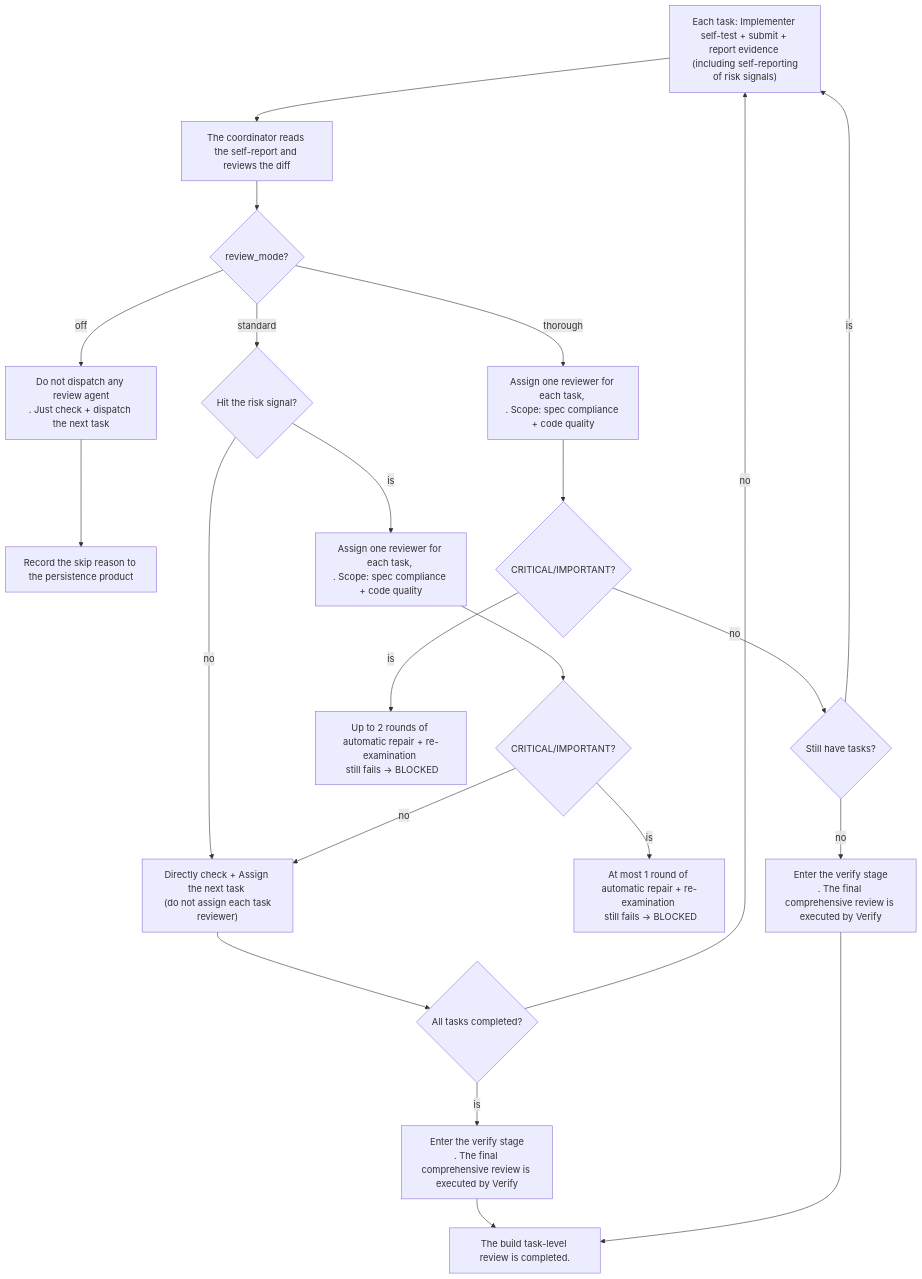
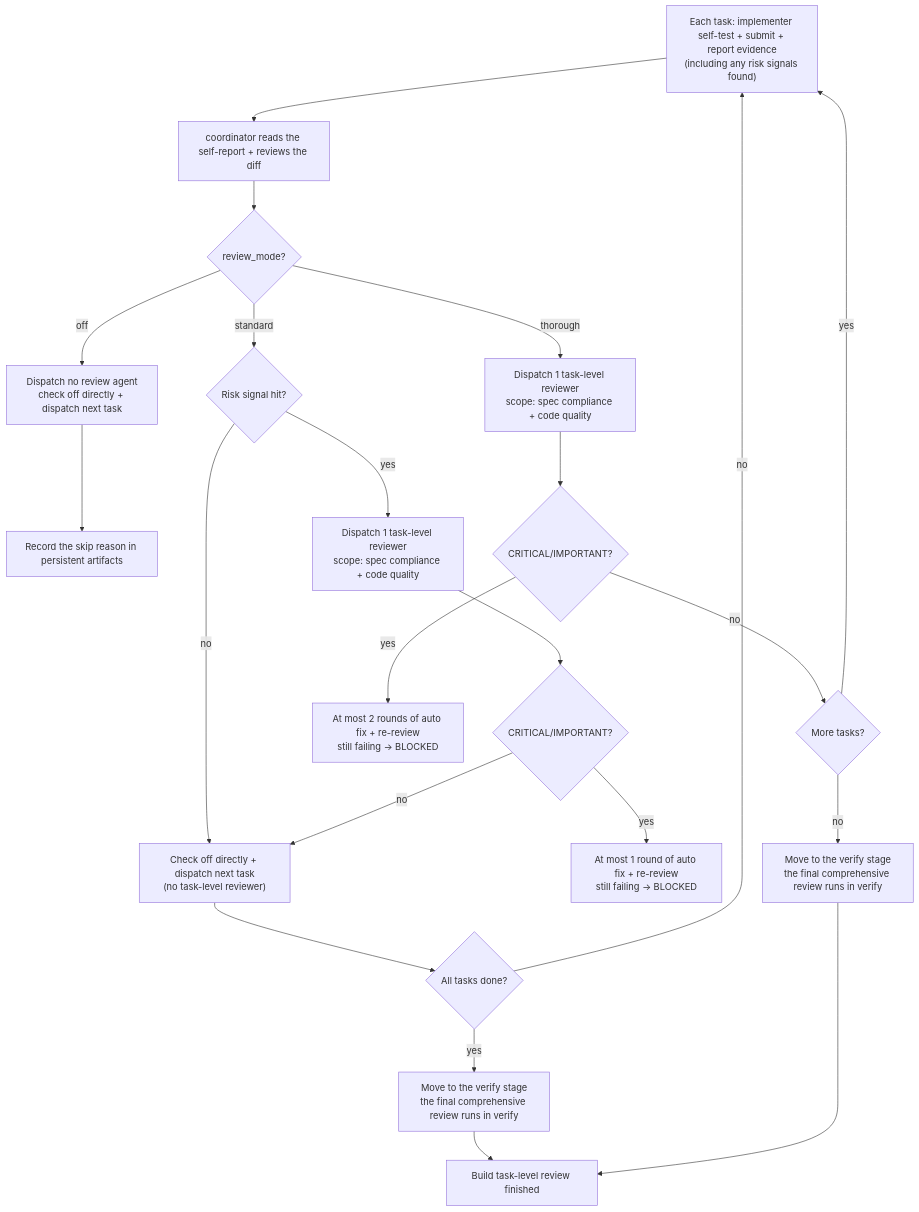
One commit to rpamis/comet-website-docs changed the diagram in en/concepts/review-mode.mdx. Above: the diagram before and after it, drawn with Mermaid. The commit also changed other lines of this file and 30 other files, not shown here.

````diff
--- a/en/concepts/review-mode.mdx
+++ b/en/concepts/review-mode.mdx
@@ -84,27 +101,27 @@
 ```mermaid
 flowchart TD
-    Start["Each task: Implementer self-test + submit + report evidence <br/> (including self-reporting of risk signals)"] --> Coord["The coordinator reads the self-report and reviews the diff"]
+    Start["Each task: implementer self-test + submit + report evidence<br/>(including any risk signals found)"] --> Coord["coordinator reads the self-report + reviews the diff"]
     Coord --> Q{"review_mode?"}
 
-    Q -->|off| OFF["Do not dispatch any review agent<br/>. Just check + dispatch the next task"]
-    OFF --> OFFR["Record the skip reason to the persistence product"]
+    Q -->|off| OFF["Dispatch no review agent<br/>check off directly + dispatch next task"]
+    OFF --> OFFR["Record the skip reason in persistent artifacts"]
 
-    Q -->|standard| STRISK{"Hit the risk signal?"}
-    STRISK -->|no| STSKIP["Directly check + Assign the next task <br/> (do not assign each task reviewer)"]
-    STRISK -->|is| STRV["Assign one reviewer for each task, <br/>. Scope: spec compliance + code quality"]
+    Q -->|standard| STRISK{"Risk signal hit?"}
+    STRISK -->|no| STSKIP["Check off directly + dispatch next task<br/>(no task-level reviewer)"]
+    STRISK -->|yes| STRV["Dispatch 1 task-level reviewer<br/>scope: spec compliance + code quality"]
     STRV --> STFX{"CRITICAL/IMPORTANT?"}
-    STFX -->|is| STFIX["At most 1 round of automatic repair + re-examination <br/> still fails → BLOCKED"]
+    STFX -->|yes| STFIX["At most 1 round of auto fix + re-review<br/>still failing → BLOCKED"]
     STFX -->|no| STSKIP
-    STSKIP --> STFIN{"All tasks completed?"}
+    STSKIP --> STFIN{"All tasks done?"}
     STFIN -->|no| Start
-    STFIN -->|is| STFINAL["Enter the verify stage<br/>. The final comprehensive review is executed by Verify"]
+    STFIN -->|yes| STFINAL["Move to the verify stage<br/>the final comprehensive review runs in verify"]
     STFINAL --> DONE
 
-    Q -->|thorough| THRV["Assign one reviewer for each task, <br/>. Scope: spec compliance + code quality"]
+    Q -->|thorough| THRV["Dispatch 1 task-level reviewer<br/>scope: spec compliance + code quality"]
     THRV --> THFX{"CRITICAL/IMPORTANT?"}
-    THFX -->|is| THFIX["Up to 2 rounds of automatic repair + re-examination <br/> still fails → BLOCKED"]
-    THFX -->|no| THNEXT{"Still have tasks?"}
-    THNEXT -->|is| Start
-    THNEXT -->|no| THFINAL["Enter the verify stage<br/>. The final comprehensive review is executed by Verify"]
-    THFINAL --> DONE["The build task-level review is completed."]
+    THFX -->|yes| THFIX["At most 2 rounds of auto fix + re-review<br/>still failing → BLOCKED"]
+    THFX -->|no| THNEXT{"More tasks?"}
+    THNEXT -->|yes| Start
+    THNEXT -->|no| THFINAL["Move to the verify stage<br/>the final comprehensive review runs in verify"]
+    THFINAL --> DONE["Build task-level review finished"]
 ```
````
